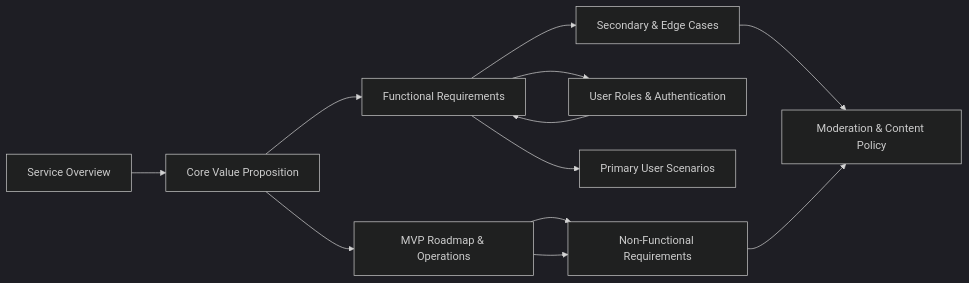
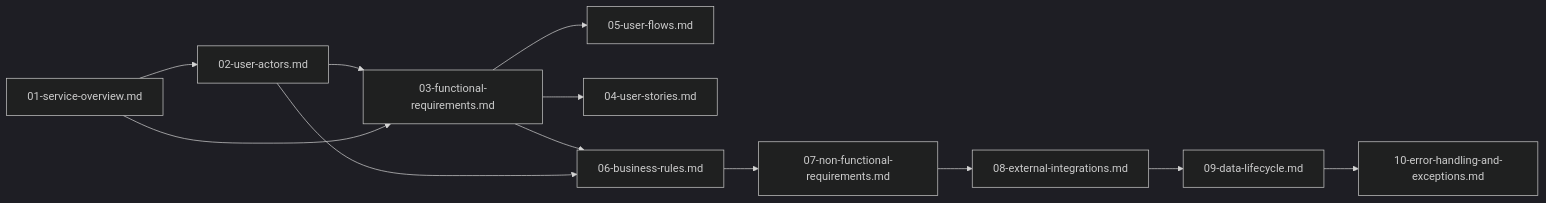
Before and after one commit to wrtnlabs/autobe-examples: the diagram in openai/gpt-5-mini/bbs/docs/analysis/00-toc.md, drawn with Mermaid (dark theme). The commit also changed other lines of this file and 16146 other files, not shown here.

````diff
--- a/openai/gpt-5-mini/bbs/docs/analysis/00-toc.md
+++ b/openai/gpt-5-mini/bbs/docs/analysis/00-toc.md
@@ -77,14 +120,14 @@
 ```mermaid
 graph LR
-  A["Service Overview"] --> B["Core Value Proposition"]
-  B --> C["MVP Roadmap & Operations"]
-  C --> D["Non-Functional Requirements"]
-  B --> E["Functional Requirements"]
-  E --> F["User Roles & Authentication"]
-  E --> G["Primary User Scenarios"]
-  E --> H["Secondary & Edge Cases"]
-  H --> I["Moderation & Content Policy"]
-  D --> I
-  C --> D
-  F --> E
+  A["01-service-overview.md"] --> B["02-user-actors.md"]
+  B --> C["03-functional-requirements.md"]
+  C --> D["05-user-flows.md"]
+  C --> E["04-user-stories.md"]
+  C --> F["06-business-rules.md"]
+  F --> G["07-non-functional-requirements.md"]
+  G --> H["08-external-integrations.md"]
+  H --> I["09-data-lifecycle.md"]
+  I --> J["10-error-handling-and-exceptions.md"]
+  A --> C
+  B --> F
 ```
````
